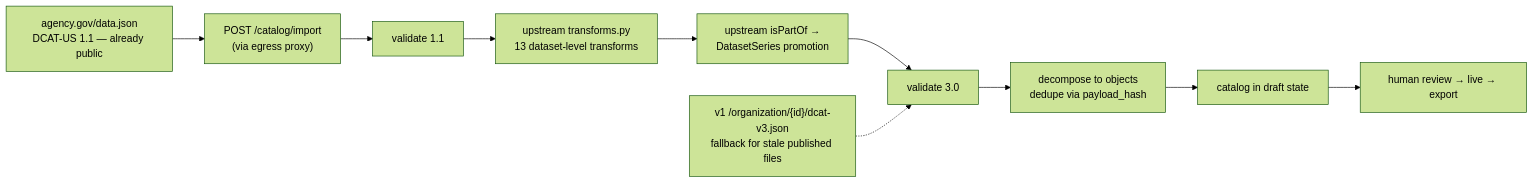
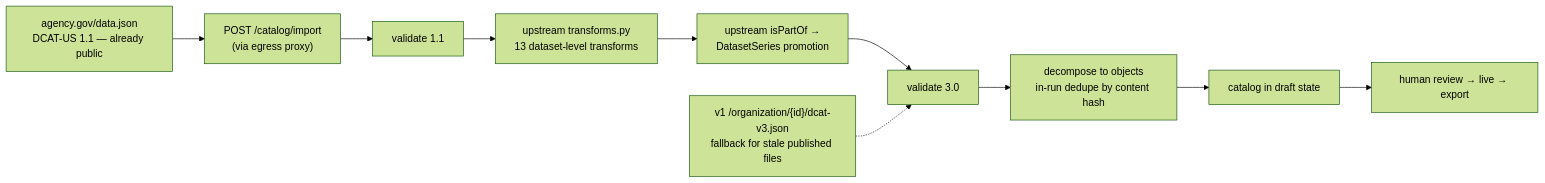
Before and after one commit to GSA/datagov-inventory: the sixth of 7 diagrams in docs/architecture.md, drawn with Mermaid (forest theme). The commit also changed other lines of this file and 3 other files, not shown here.

First line of the commit message:
Delete fields payload_hash and current_version_id from Metadata_Object table

````diff
--- a/docs/architecture.md
+++ b/docs/architecture.md
@@ -427,12 +421,12 @@
 ```mermaid
 flowchart LR
     A["agency.gov/data.json<br/>DCAT-US 1.1 — already public"] --> B["POST /catalog/import<br/>(via egress proxy)"]
     B --> C["validate 1.1"]
     C --> D["upstream transforms.py<br/>13 dataset-level transforms"]
     D --> D2["upstream isPartOf →<br/>DatasetSeries promotion"]
     D2 --> E["validate 3.0"]
-    E --> F["decompose to objects<br/>dedupe via payload_hash"]
+    E --> F["decompose to objects<br/>in-run dedupe by content hash"]
     F --> G["catalog in draft state"]
     G --> H["human review → live → export"]
     I["v1 /organization/{id}/dcat-v3.json<br/>fallback for stale published files"] -.-> E
 ```
````
